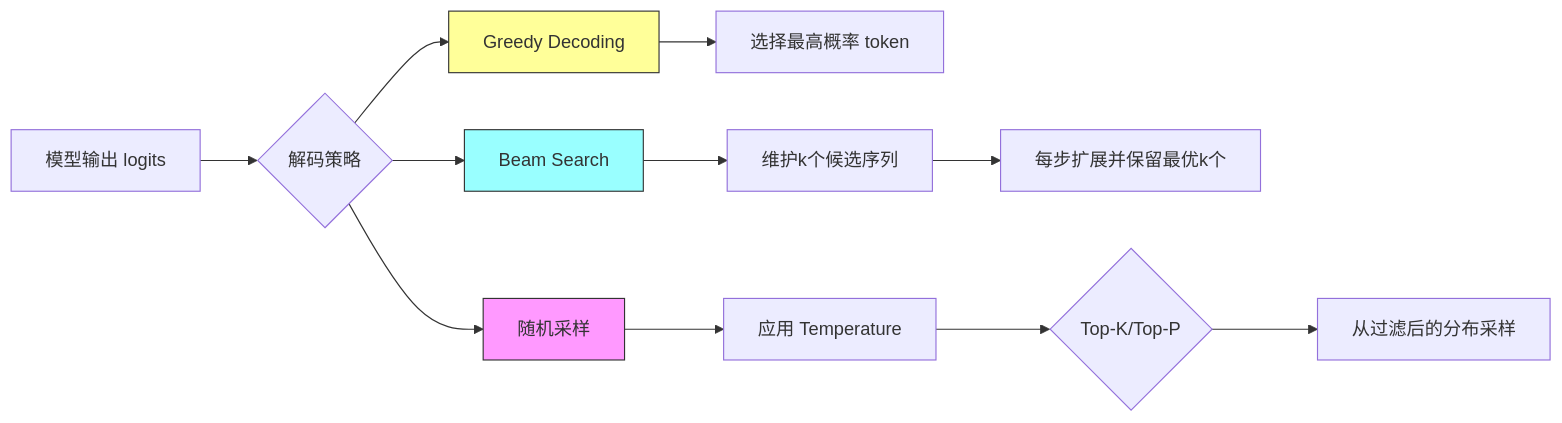
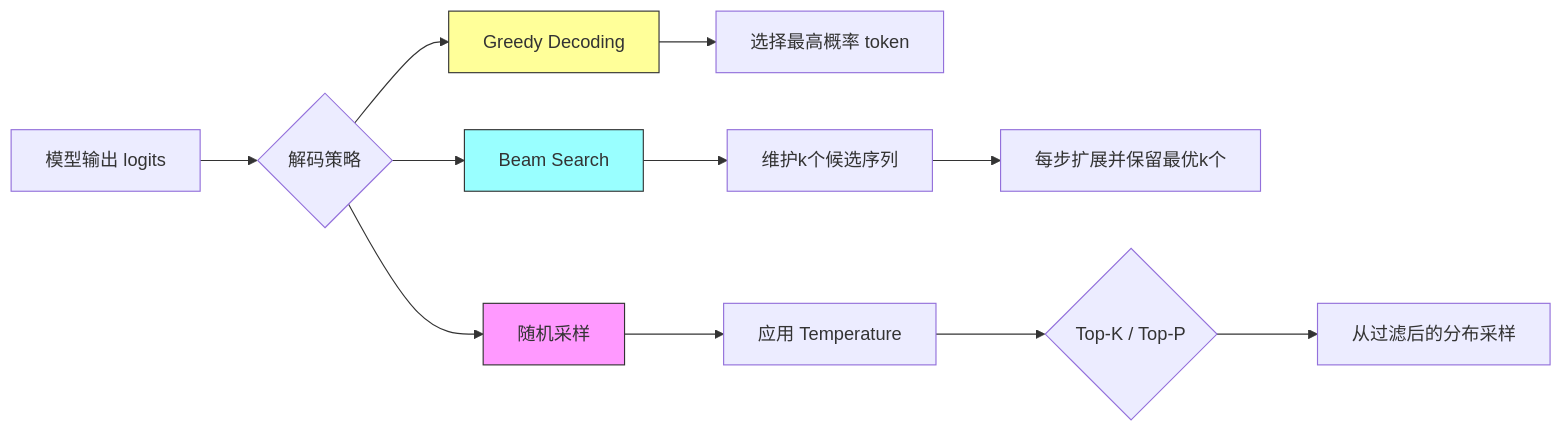
The diagram in src/content/docs/foundations/sampling-and-decoding.mdx (albert-lv/LLM-primer), drawn with Mermaid before and after one commit. The commit also changed 2 other files, not shown here.

Commit message:
fix: fix mermaid rendering across all 7 diagrams
P0: rewrite extractSource() to query .ec-line elements individually
and join with \n, fixing line-loss when Expressive Code wraps each
line in a <div class="ec-line">.

P1: quote the label in E2{"Top-K / Top-P"} to prevent mermaid 11.x
from treating the / as a shape-syntax delimiter.

P2: replace \n with <br/> in transformer-architecture Decoder Block
diagram to match the style used elsewhere in the project.

````diff
--- a/src/content/docs/foundations/sampling-and-decoding.mdx
+++ b/src/content/docs/foundations/sampling-and-decoding.mdx
@@ -37,21 +37,21 @@
 ```mermaid
 graph LR
     A[模型输出 logits] --> B{解码策略}
     
     B --> C[Greedy Decoding]
     B --> D[Beam Search]
     B --> E[随机采样]
     
     C --> C1[选择最高概率 token]
     
     D --> D1[维护k个候选序列]
     D1 --> D2[每步扩展并保留最优k个]
     
     E --> E1[应用 Temperature]
-    E1 --> E2{Top-K/Top-P}
+    E1 --> E2{"Top-K / Top-P"}
     E2 --> E3[从过滤后的分布采样]
     
     style C fill:#ff9,stroke:#333
     style D fill:#9ff,stroke:#333
     style E fill:#f9f,stroke:#333
 ```
````
